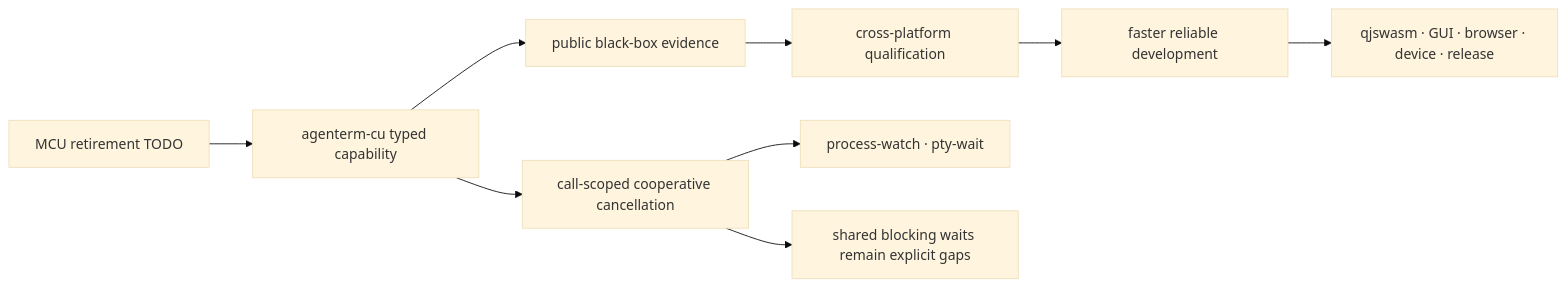
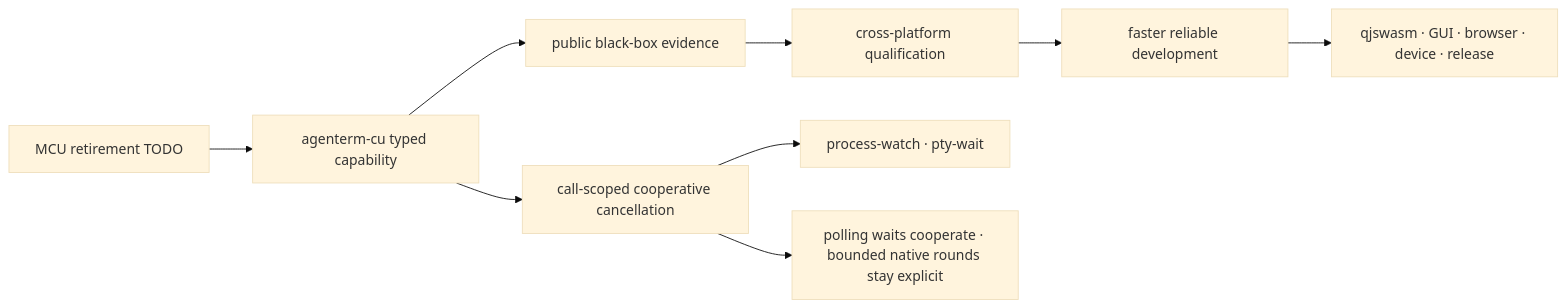
One commit to partnernetsoftware/agenterm changed the first of 24 diagrams in prd/PRD_02_28_agenterm_cu.md. Above: the diagram before and after it, drawn with Mermaid (base theme). The commit also changed other lines of this file and 4 other files, not shown here.

````diff
--- a/prd/PRD_02_28_agenterm_cu.md
+++ b/prd/PRD_02_28_agenterm_cu.md
@@ -39,11 +39,11 @@
 ```mermaid
 flowchart LR
   A["agenterm-cu typed capability"] --> E["public black-box evidence"]
   E --> Q["cross-platform qualification"]
   Q --> D["faster reliable development"]
   D --> N["qjswasm · GUI · browser · device · release"]
   T["MCU retirement TODO"] --> A
   A --> C["call-scoped cooperative cancellation"]
   C --> W["process-watch · pty-wait"]
-  C --> B["shared blocking waits remain explicit gaps"]
+  C --> B["polling waits cooperate · bounded native rounds stay explicit"]
 ```
````
